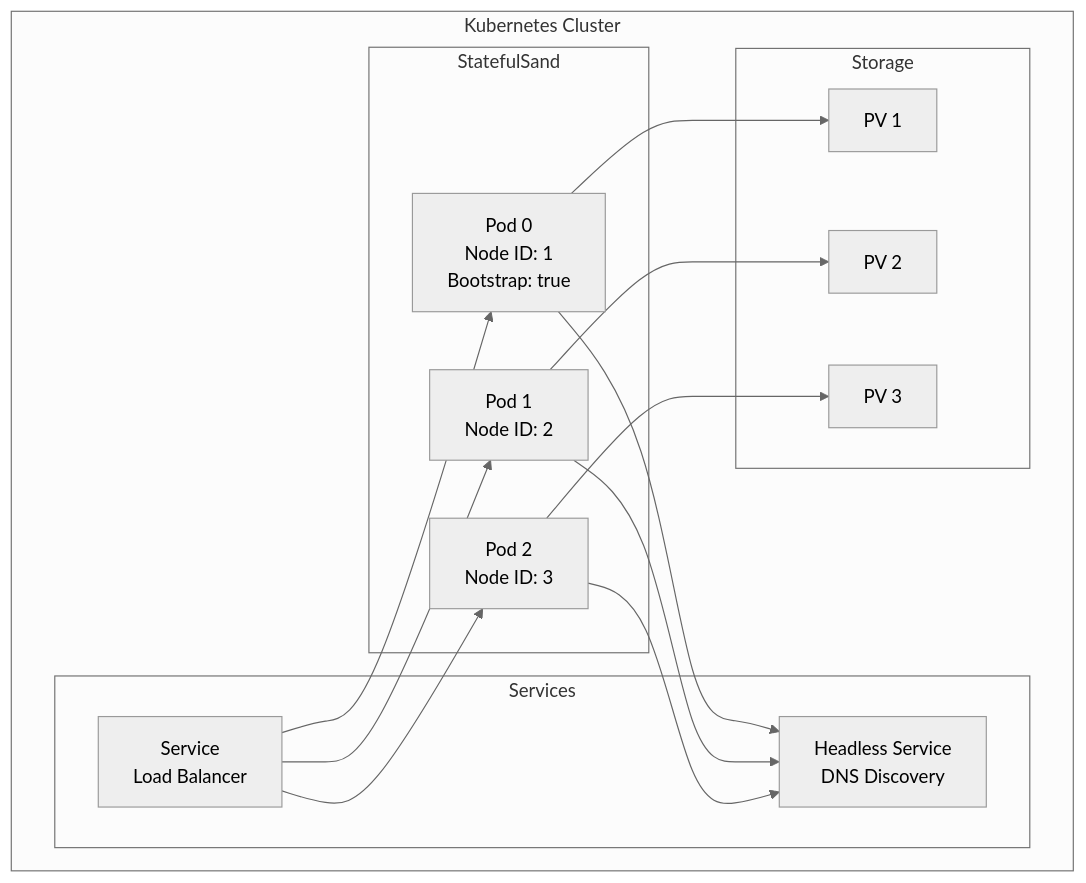
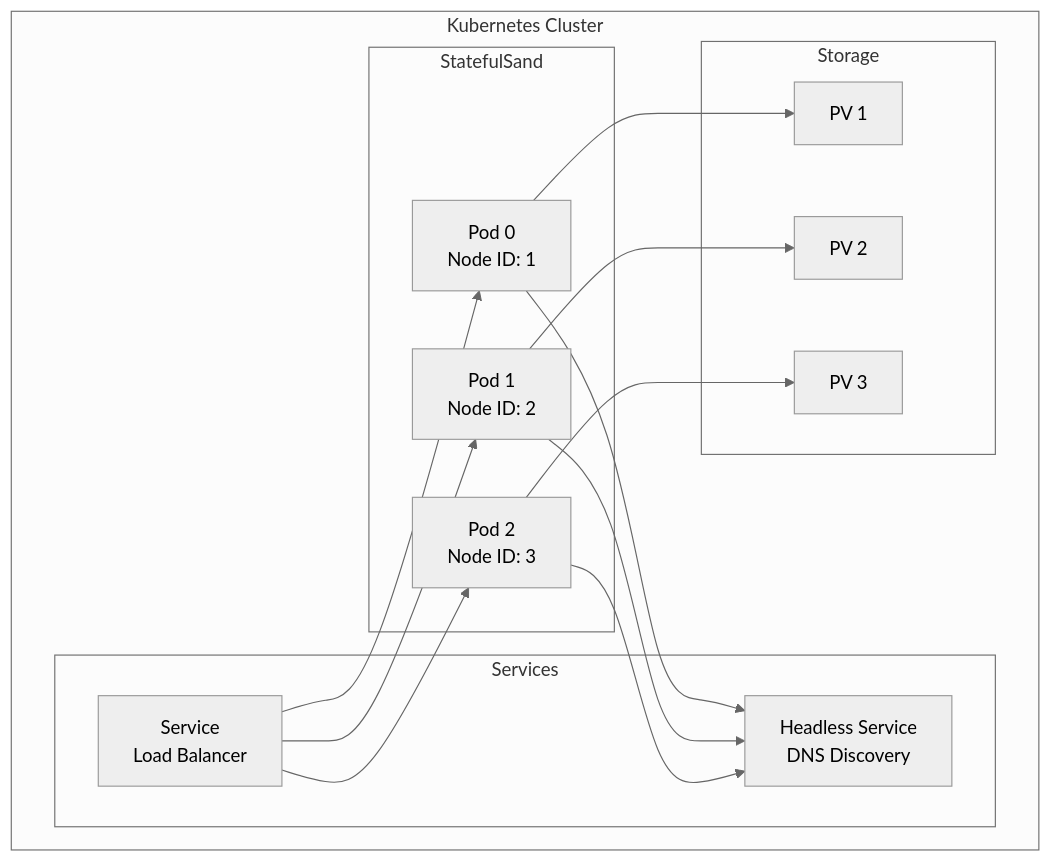
One commit to formancehq/ledger changed the second of 2 diagrams in docs/deployment.md. Above: the diagram before and after it, drawn with Mermaid (neutral theme). The commit also changed other lines of this file and 43 other files, not shown here.

````diff
--- a/docs/deployment.md
+++ b/docs/deployment.md
@@ -159,33 +156,33 @@
 ```mermaid
 graph TB
     subgraph "Kubernetes Cluster"
         subgraph "StatefulSand"
-            Pod1[Pod 0<br/>Node ID: 1<br/>Bootstrap: true]
+            Pod1[Pod 0<br/>Node ID: 1]
             Pod2[Pod 1<br/>Node ID: 2]
             Pod3[Pod 2<br/>Node ID: 3]
         end
         
         subgraph "Services"
             SVC[Service<br/>Load Balancer]
             Headless[Headless Service<br/>DNS Discovery]
         end
         
         subgraph "Storage"
             PV1[PV 1]
             PV2[PV 2]
             PV3[PV 3]
         end
     end
     
     Pod1 --> Headless
     Pod2 --> Headless
     Pod3 --> Headless
     
     SVC --> Pod1
     SVC --> Pod2
     SVC --> Pod3
     
     Pod1 --> PV1
     Pod2 --> PV2
     Pod3 --> PV3
 ```
````
